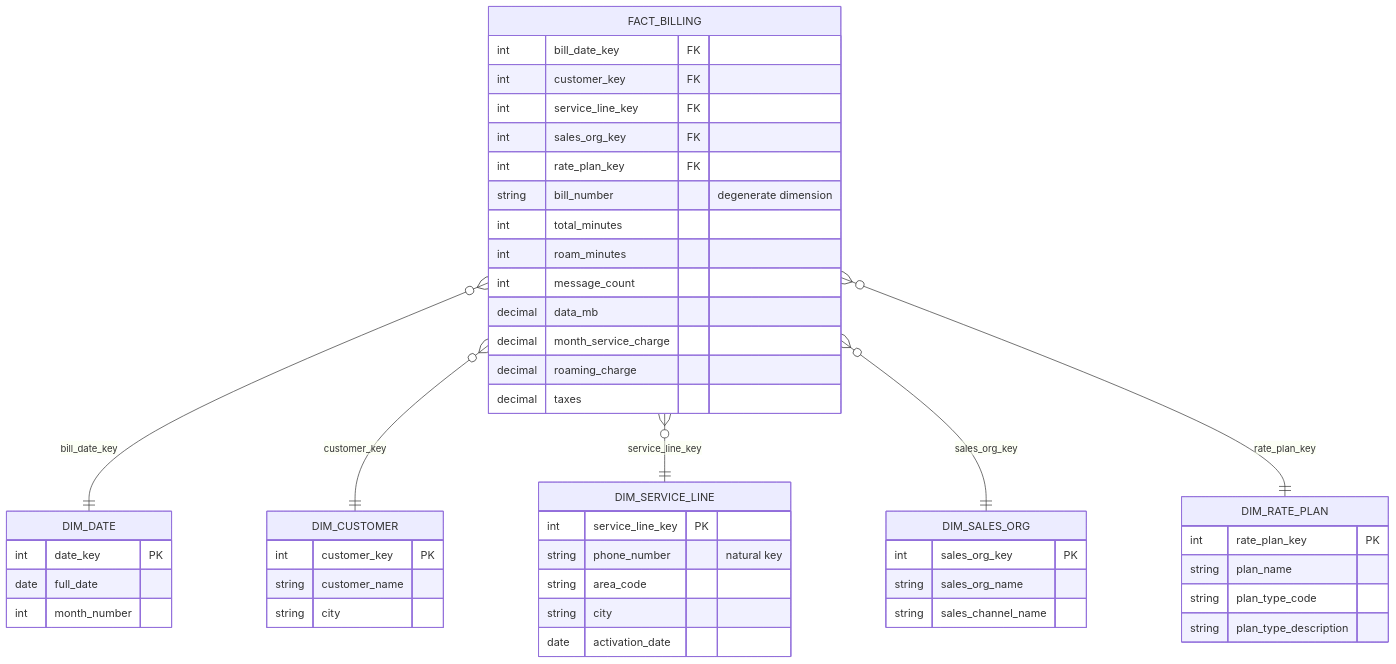
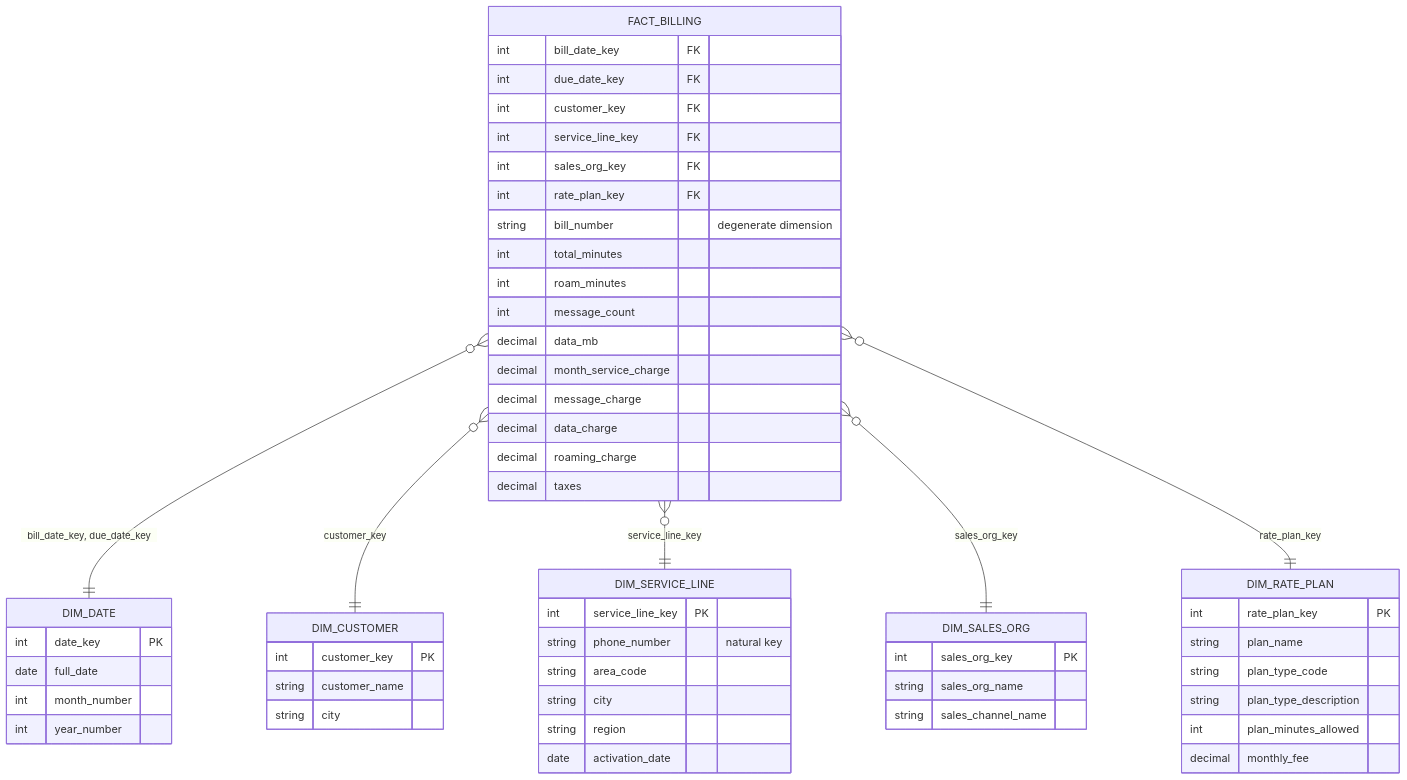
The diagram in scripts/kimball-diagrams/src/ch11-billing-star.mmd (surfalytics/dataengineer_ru), drawn with Mermaid before and after one commit. The commit also changed 61 other files, not shown here.

```diff
--- a/scripts/kimball-diagrams/src/ch11-billing-star.mmd
+++ b/scripts/kimball-diagrams/src/ch11-billing-star.mmd
@@ -1,49 +1,56 @@
 erDiagram
-  FACT_BILLING }o--|| DIM_DATE : "bill_date_key"
+  FACT_BILLING }o--|| DIM_DATE : "bill_date_key, due_date_key"
   FACT_BILLING }o--|| DIM_CUSTOMER : "customer_key"
   FACT_BILLING }o--|| DIM_SERVICE_LINE : "service_line_key"
   FACT_BILLING }o--|| DIM_SALES_ORG : "sales_org_key"
   FACT_BILLING }o--|| DIM_RATE_PLAN : "rate_plan_key"
   FACT_BILLING {
     int bill_date_key FK
+    int due_date_key FK
     int customer_key FK
     int service_line_key FK
     int sales_org_key FK
     int rate_plan_key FK
     string bill_number "degenerate dimension"
     int total_minutes
     int roam_minutes
     int message_count
     decimal data_mb
     decimal month_service_charge
+    decimal message_charge
+    decimal data_charge
     decimal roaming_charge
     decimal taxes
   }
   DIM_SERVICE_LINE {
     int service_line_key PK
     string phone_number "natural key"
     string area_code
     string city
+    string region
     date activation_date
   }
   DIM_RATE_PLAN {
     int rate_plan_key PK
     string plan_name
     string plan_type_code
     string plan_type_description
+    int plan_minutes_allowed
+    decimal monthly_fee
   }
   DIM_SALES_ORG {
     int sales_org_key PK
     string sales_org_name
     string sales_channel_name
   }
   DIM_CUSTOMER {
     int customer_key PK
     string customer_name
     string city
   }
   DIM_DATE {
     int date_key PK
     date full_date
     int month_number
+    int year_number
   }
```
